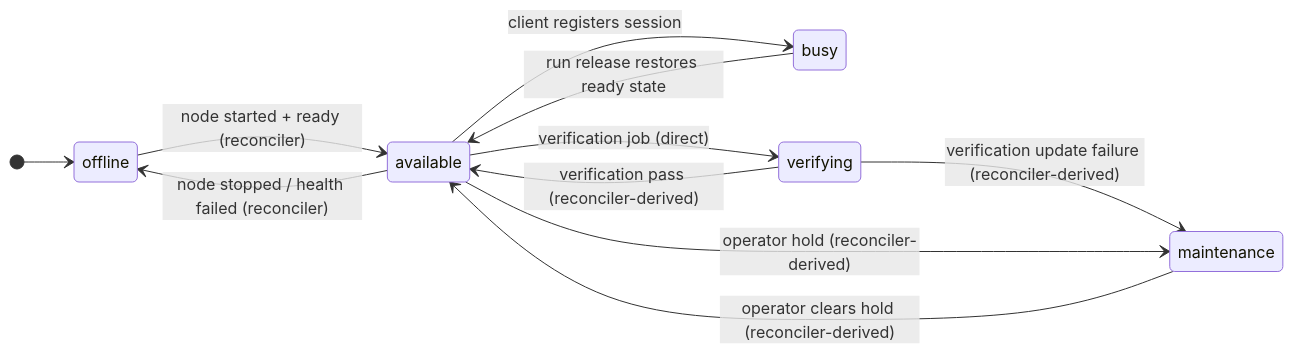
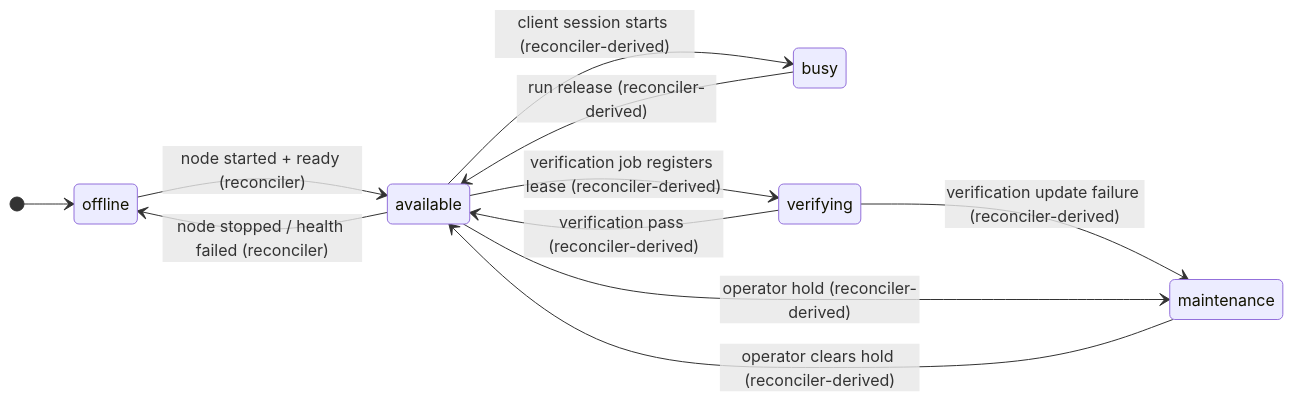
Before and after one commit to quidow/gridfleet: the first of 2 diagrams in docs/design/01-device-state-model.md, drawn with Mermaid. The commit also changed other lines of this file and 5 other files, not shown here.

````diff
--- a/docs/design/01-device-state-model.md
+++ b/docs/design/01-device-state-model.md
@@ -91,19 +89,19 @@
 ```mermaid
 stateDiagram-v2
     direction LR
     [*] --> opOffline
     opOffline: offline
     opAvailable: available
     opBusy: busy
     opVerifying: verifying
     opMaintenance: maintenance
     opOffline --> opAvailable: node started + ready (reconciler)
     opAvailable --> opOffline: node stopped / health failed (reconciler)
-    opAvailable --> opBusy: client registers session
-    opBusy --> opAvailable: run release restores ready state
-    opAvailable --> opVerifying: verification job (direct)
+    opAvailable --> opBusy: client session starts (reconciler-derived)
+    opBusy --> opAvailable: run release (reconciler-derived)
+    opAvailable --> opVerifying: verification job registers lease (reconciler-derived)
     opVerifying --> opAvailable: verification pass (reconciler-derived)
     opVerifying --> opMaintenance: verification update failure (reconciler-derived)
     opAvailable --> opMaintenance: operator hold (reconciler-derived)
     opMaintenance --> opAvailable: operator clears hold (reconciler-derived)
 ```
````
